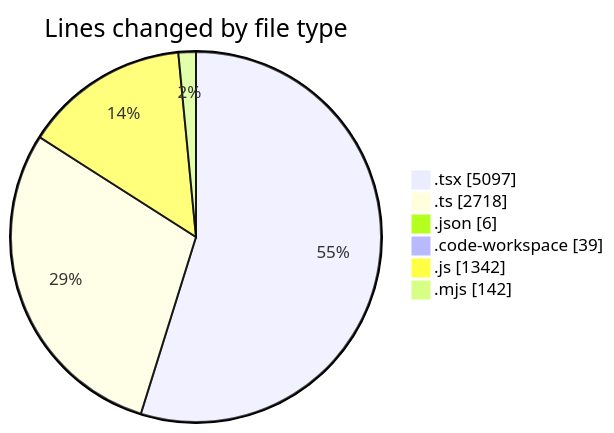
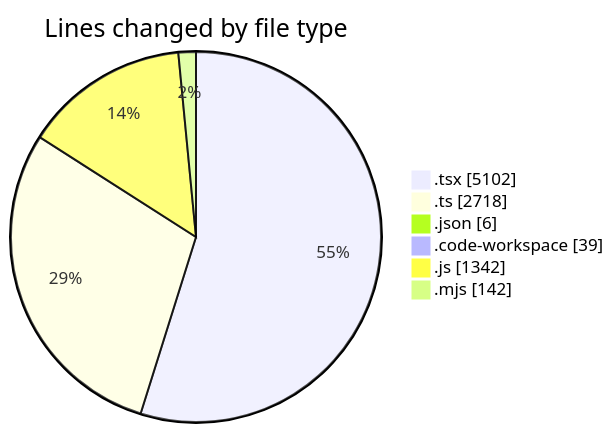
The first of 2 diagrams in 2025-10-08/eventscop-frontend-guide__workspace_/README.md (julien-gomy/code-tracking), drawn with Mermaid before and after one commit. The commit also changed other lines of this file and 1 other file, not shown here.

````diff
--- a/2025-10-08/eventscop-frontend-guide__workspace_/README.md
+++ b/2025-10-08/eventscop-frontend-guide__workspace_/README.md
@@ -61,10 +61,10 @@
 ```mermaid
 pie showData
 title Lines changed by file type
-".tsx" : 5097
+".tsx" : 5102
 ".ts" : 2718
 ".json" : 6
 ".code-workspace" : 39
 ".js" : 1342
 ".mjs" : 142
 ```
````
